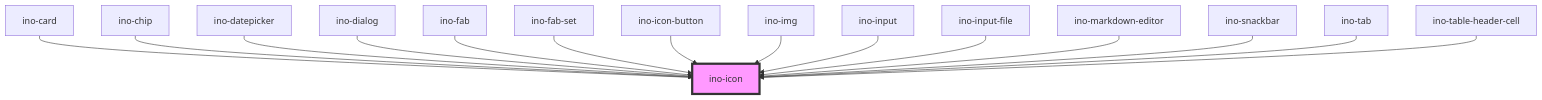
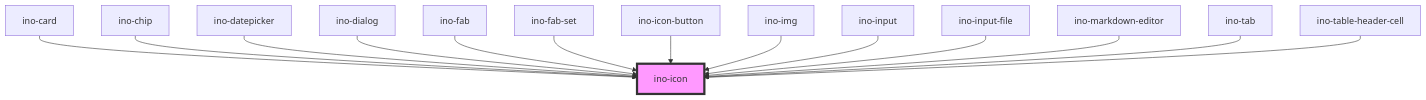
Before and after one commit to inovex/elements: the diagram in packages/elements/src/components/ino-icon/readme.md, drawn with Mermaid. The commit also changed other lines of this file and 4 other files, not shown here.

Commit message:
refactor(elements/ino-snackbar):  change icons for all variants

````diff
--- a/packages/elements/src/components/ino-icon/readme.md
+++ b/packages/elements/src/components/ino-icon/readme.md
@@ -75,18 +74,17 @@
 ```mermaid
 graph TD;
   ino-card --> ino-icon
   ino-chip --> ino-icon
   ino-datepicker --> ino-icon
   ino-dialog --> ino-icon
   ino-fab --> ino-icon
   ino-fab-set --> ino-icon
   ino-icon-button --> ino-icon
   ino-img --> ino-icon
   ino-input --> ino-icon
   ino-input-file --> ino-icon
   ino-markdown-editor --> ino-icon
-  ino-snackbar --> ino-icon
   ino-tab --> ino-icon
   ino-table-header-cell --> ino-icon
   style ino-icon fill:#f9f,stroke:#333,stroke-width:4px
 ```
````
